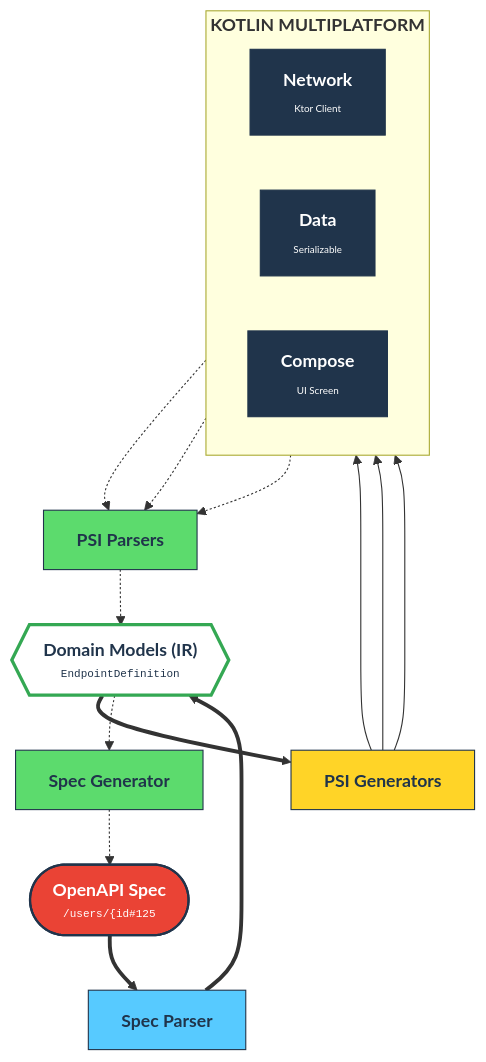
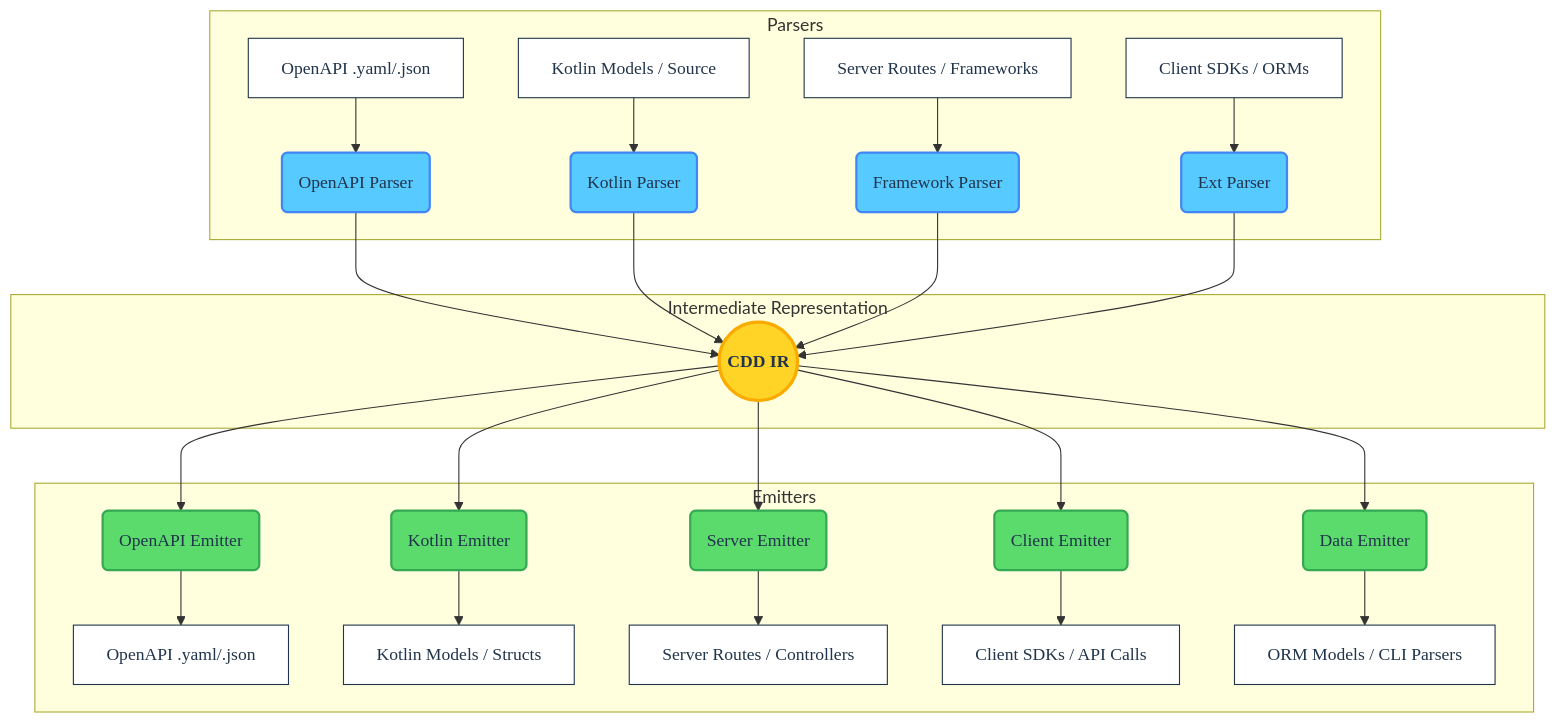
The diagram in ARCHITECTURE.md (offscale/cdd-kotlin), drawn with Mermaid before and after one commit. The commit also changed other lines of this file and 27 other files, not shown here.

````diff
--- a/ARCHITECTURE.md
+++ b/ARCHITECTURE.md
@@ -15,71 +16,38 @@
 ```mermaid
 graph TD
-%% ==========================================
-%% 1. STYLE DEFINITIONS
-%% ==========================================
-%% Define specific classes for consistency
-    classDef nodeSpec fill:#ea4335,stroke:#20344b,stroke-width:2px,color:#fff
-    classDef nodeLogic fill:#57caff,stroke:#20344b,stroke-width:1px,color:#20344b
-    classDef nodeIR fill:#ffffff,stroke:#34a853,stroke-width:3px,color:#20344b
-    classDef nodeGen fill:#ffd427,stroke:#20344b,stroke-width:1px,color:#20344b
-    classDef nodeRev fill:#5cdb6d,stroke:#20344b,stroke-width:1px,color:#20344b
-    classDef nodeKt fill:#20344b,stroke:#20344b,stroke-width:1px,color:#fff
+    %% Styling Definitions
+    classDef frontend fill:#57caff,stroke:#4285f4,stroke-width:2px,color:#20344b,font-family:Roboto Mono
+    classDef core fill:#ffd427,stroke:#f9ab00,stroke-width:3px,color:#20344b,font-family:Google Sans,font-weight:bold
+    classDef backend fill:#5cdb6d,stroke:#34a853,stroke-width:2px,color:#20344b,font-family:Roboto Mono
+    classDef endpoint fill:#ffffff,stroke:#20344b,stroke-width:1px,color:#20344b,font-family:Google Sans
 
-%% ==========================================
-%% 2. NODE DEFINITIONS
-%% ==========================================
-
-%% TOP: OpenAPI
-    OpenAPI(["<div style='line-height:1.2; padding:5px'><b>OpenAPI Spec</b><br/><span style='font-size:10px; font-family:monospace'>/users/#123;id#125;</span></div>"]):::nodeSpec
-
-%% MIDDLE: IR (The Hub)
-    IR{{"<div style='line-height:1.2; padding:5px'><b>Domain Models (IR)</b><br/><span style='font-size:10px; font-family:monospace'>EndpointDefinition</span></div>"}}:::nodeIR
-
-%% LOGIC NODES (Left = Forward, Right = Reverse)
-    Parser["<b>Spec Parser</b>"]:::nodeLogic
-    Spec_Gen["<b>Spec Generator</b>"]:::nodeRev
-
-    Generator["<b>PSI Generators</b>"]:::nodeGen
-    Rev_Parser["<b>PSI Parsers</b>"]:::nodeRev
-
-%% BOTTOM: KOTLIN SUBGRAPH
-    subgraph KMP [<b>KOTLIN MULTIPLATFORM</b>]
-    %% Keep these horizontal to create a 'footer' foundation
-        direction LR
-
-        Note_Net["<b>Network</b><br/><span style='font-size:9px'>Ktor Client</span>"]:::nodeKt
-        Note_Data["<b>Data</b><br/><span style='font-size:9px'>Serializable</span>"]:::nodeKt
-        Note_UI["<b>Compose</b><br/><span style='font-size:9px'>UI Screen</span>"]:::nodeKt
+    subgraph Frontend [Parsers]
+        A[OpenAPI .yaml/.json]:::endpoint --> P1(OpenAPI Parser):::frontend
+        B[Kotlin Models / Source]:::endpoint --> P2(Kotlin Parser):::frontend
+        C[Server Routes / Frameworks]:::endpoint --> P3(Framework Parser):::frontend
+        D[Client SDKs / ORMs]:::endpoint --> P4(Ext Parser):::frontend
     end
 
-%% ==========================================
-%% 3. THE MAIN SPINE (High Weight Links)
-%% ==========================================
-%% Using thick visible links for the main flow
+    subgraph Core [Intermediate Representation]
+        IR((CDD IR)):::core
+    end
 
-    OpenAPI ==> Parser
-    Parser  ==> IR
-    IR      ==> Generator
+    subgraph Backend [Emitters]
+        E1(OpenAPI Emitter):::backend --> X[OpenAPI .yaml/.json]:::endpoint
+        E2(Kotlin Emitter):::backend --> Y[Kotlin Models / Structs]:::endpoint
+        E3(Server Emitter):::backend --> Z[Server Routes / Controllers]:::endpoint
+        E4(Client Emitter):::backend --> W[Client SDKs / API Calls]:::endpoint
+        E5(Data Emitter):::backend --> V[ORM Models / CLI Parsers]:::endpoint
+    end
 
-%% Generator feeds into the 3 Kotlin nodes
-    Generator --> Note_Net
-    Generator --> Note_Data
-    Generator --> Note_UI
+    P1 --> IR
+    P2 --> IR
+    P3 --> IR
+    P4 --> IR
 
-%% ==========================================
-%% 4. THE REVERSE LOOP (Low Weight Links)
-%% ==========================================
-%% Dotted lines for feedback loop
-
-%% Kotlin -> Reverse Parser
-    Note_Data -.-> Rev_Parser
-    Note_Net  -.-> Rev_Parser
-    Note_UI   -.-> Rev_Parser
-
-%% Reverse Parser -> IR
-    Rev_Parser -.-> IR
-
-%% IR -> Spec Generator -> OpenAPI
-    IR -.-> Spec_Gen
-    Spec_Gen -.-> OpenAPI
+    IR --> E1
+    IR --> E2
+    IR --> E3
+    IR --> E4
+    IR --> E5
 ```
````
